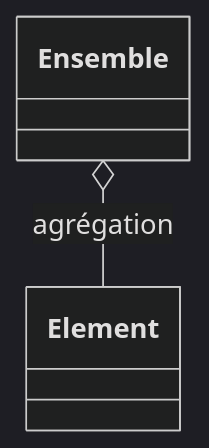
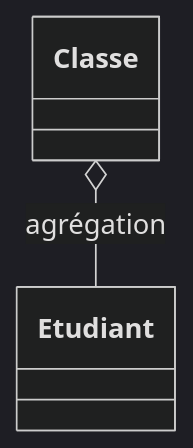
Before and after one commit to ophenix-maisonneuve/420-930-ma-site-web: the fourth of 8 diagrams in _notes/uml/uml-classes.md, drawn with Mermaid (dark theme). The commit also changed other lines of this file, not shown here.

Commit message:
Ajout des notes de cours sur UML

````diff
--- a/_notes/uml/uml-classes.md
+++ b/_notes/uml/uml-classes.md
@@ -115,4 +92,4 @@
 ```mermaid
 classDiagram
-    Ensemble o-- Element : agrégation
+    Classe o-- Etudiant : agrégation
 ```
````
